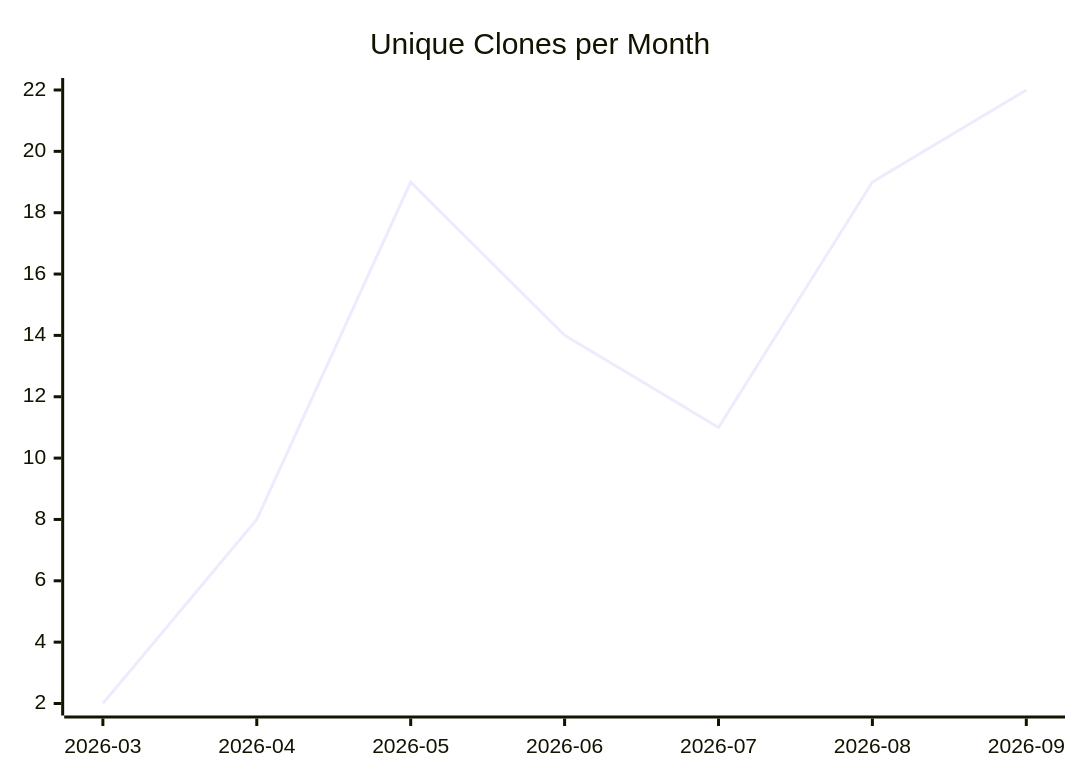
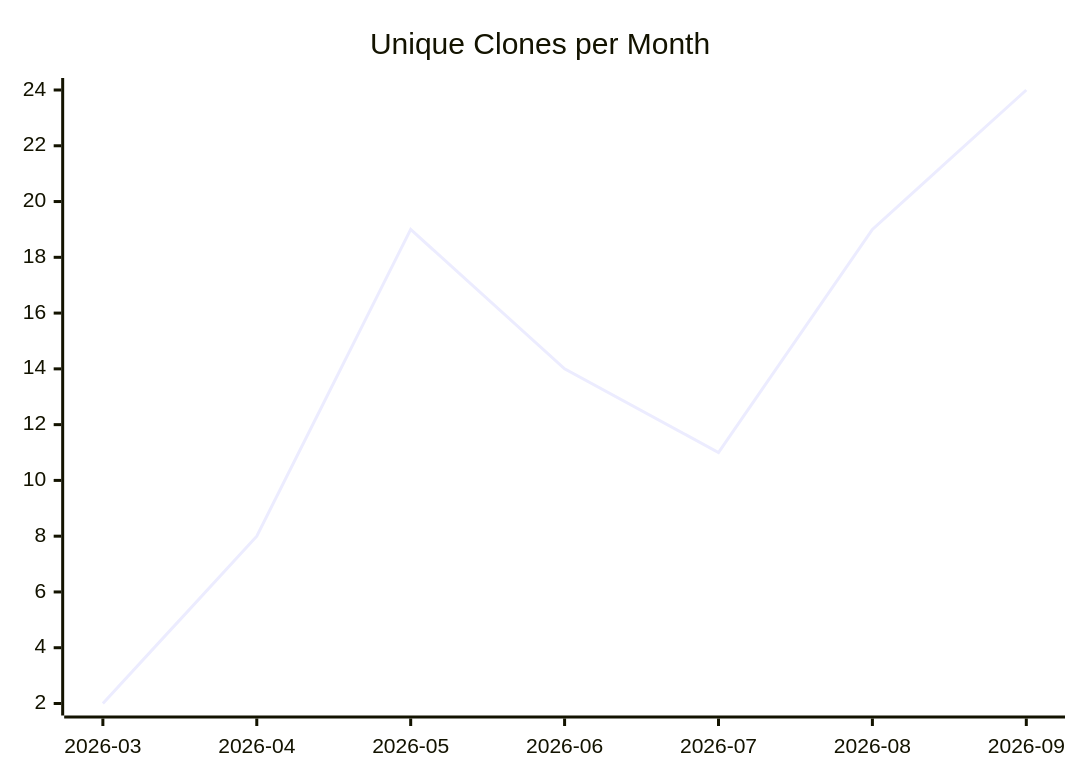
One commit to justdavis-family/github-analytics-data changed the third of 3 diagrams in karlmdavis/rps-tourney/README.md. Above: the diagram before and after it, drawn with Mermaid. The commit also changed other lines of this file and 190 other files, not shown here.

````diff
--- a/karlmdavis/rps-tourney/README.md
+++ b/karlmdavis/rps-tourney/README.md
@@ -19,6 +19,6 @@
 ```mermaid
 xychart-beta
   title "Unique Clones per Month"
   x-axis ["2026-03", "2026-04", "2026-05", "2026-06", "2026-07", "2026-08", "2026-09"]
-  line [2, 8, 19, 14, 11, 19, 22]
+  line [2, 8, 19, 14, 11, 19, 24]
 ```
````
